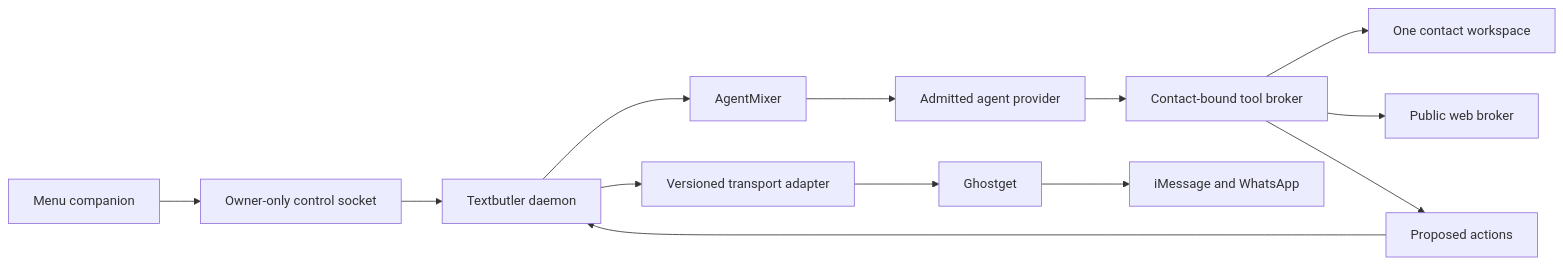
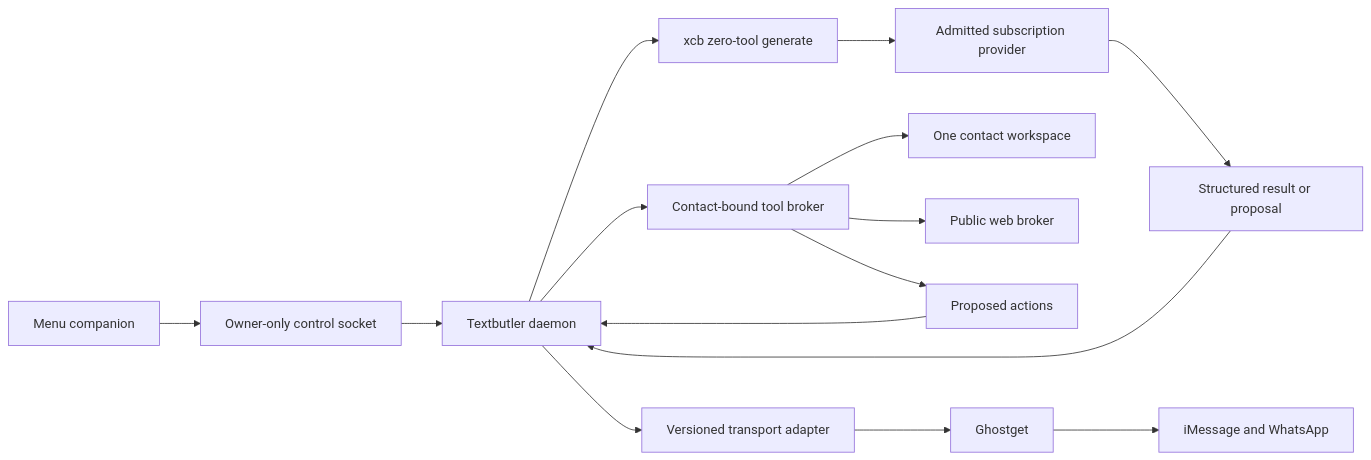
The diagram in docs/textbutler/architecture.md (hraness/textbutler), drawn with Mermaid before and after one commit. The commit also changed other lines of this file and 39 other files, not shown here.

Commit message:
Connect Textbutler subscription replies through qualified XCB applications

````diff
--- a/docs/textbutler/architecture.md
+++ b/docs/textbutler/architecture.md
@@ -9,15 +9,17 @@
 ```mermaid
 flowchart LR
   Menu[Menu companion] --> Control[Owner-only control socket]
   Control --> Butler[Textbutler daemon]
-  Butler --> Router[AgentMixer]
-  Router --> Provider[Admitted agent provider]
-  Provider --> Tools[Contact-bound tool broker]
+  Butler --> Xcb[xcb zero-tool generate]
+  Xcb --> Provider[Admitted subscription provider]
+  Provider --> Proposal[Structured result or proposal]
+  Proposal --> Butler
+  Butler --> Tools[Contact-bound tool broker]
   Tools --> Memory[One contact workspace]
   Tools --> Web[Public web broker]
   Tools --> Intents[Proposed actions]
   Intents --> Butler
   Butler --> Transport[Versioned transport adapter]
   Transport --> Ghostget[Ghostget]
   Ghostget --> Messages[iMessage and WhatsApp]
 ```
````
